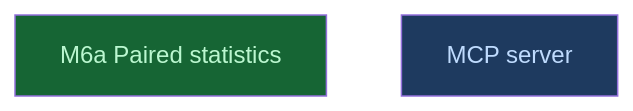
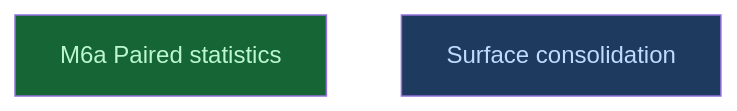
The diagram in __roadmap__/candler-v1/contracts/parity/alignment/surfaces/isolation/m5b/stats/README.md (CrackingShells/Candler), drawn with Mermaid before and after one commit. The commit also changed other lines of this file and 10 other files, not shown here.

First line of the commit message:
rdm(api): insert m6b surface consolidation before m7

````diff
--- a/__roadmap__/candler-v1/contracts/parity/alignment/surfaces/isolation/m5b/stats/README.md
+++ b/__roadmap__/candler-v1/contracts/parity/alignment/surfaces/isolation/m5b/stats/README.md
@@ -16,10 +16,10 @@
 ```mermaid
 graph TD
     m6a_paired_stats[M6a Paired statistics]:::done
-    mcp[MCP server]:::amendment
+    surface[Surface consolidation]:::amendment
     classDef done       fill:#166534,color:#bbf7d0
     classDef inprogress fill:#854d0e,color:#fef08a
     classDef planned    fill:#374151,color:#e5e7eb
     classDef amendment  fill:#1e3a5f,color:#bfdbfe
     classDef blocked    fill:#7f1d1d,color:#fecaca
 ```
````
